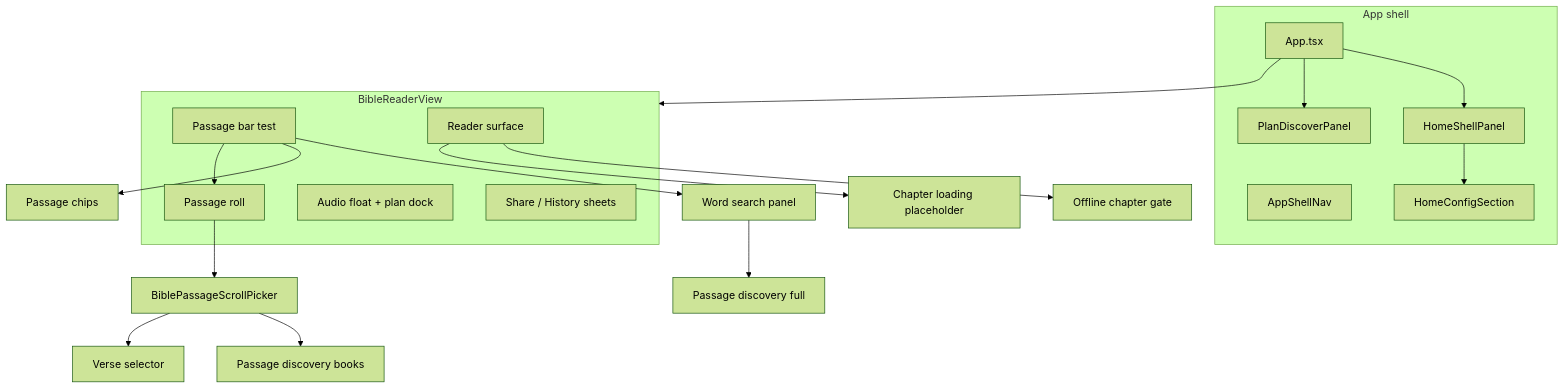
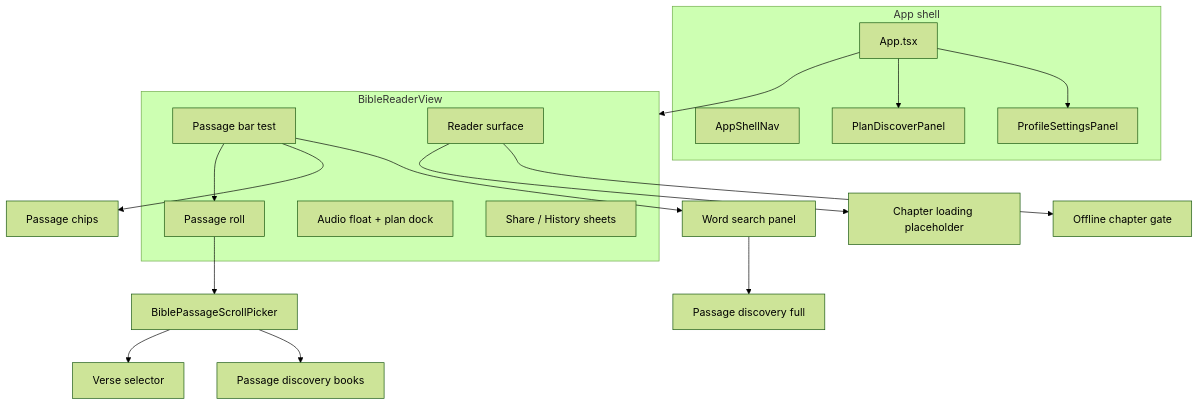
Before and after one commit to clevencode/Biblos: the diagram in docs/components/Bibloscomponents.md, drawn with Mermaid (forest theme). The commit also changed other lines of this file and 15 other files, not shown here.

````diff
--- a/docs/components/Bibloscomponents.md
+++ b/docs/components/Bibloscomponents.md
@@ -9,30 +9,28 @@
 ```mermaid
 flowchart TB
   subgraph shell [App shell]
     App[App.tsx]
     Nav[AppShellNav]
-    Home[HomeShellPanel]
-    Config[HomeConfigSection]
+    Profile[ProfileSettingsPanel]
     Plan[PlanDiscoverPanel]
   end
   subgraph reader [BibleReaderView]
     Bar[Passage bar test]
     Roll[Passage roll]
     Surface[Reader surface]
     Dock[Audio float + plan dock]
     Share[Share / History sheets]
   end
-  App --> Home
-  Home --> Config
+  App --> Profile
   App --> Plan
   App --> reader
   Bar --> SearchIcon[Word search panel]
   Bar --> Chips[Passage chips]
   Bar --> Roll
   Roll --> Picker[BiblePassageScrollPicker]
   Picker --> Discovery[Passage discovery books]
   SearchIcon --> WordDiscovery[Passage discovery full]
   Picker --> Verses[Verse selector]
   Surface --> OfflineGate[Offline chapter gate]
   Surface --> ChapterSkel[Chapter loading placeholder]
 ```
````
